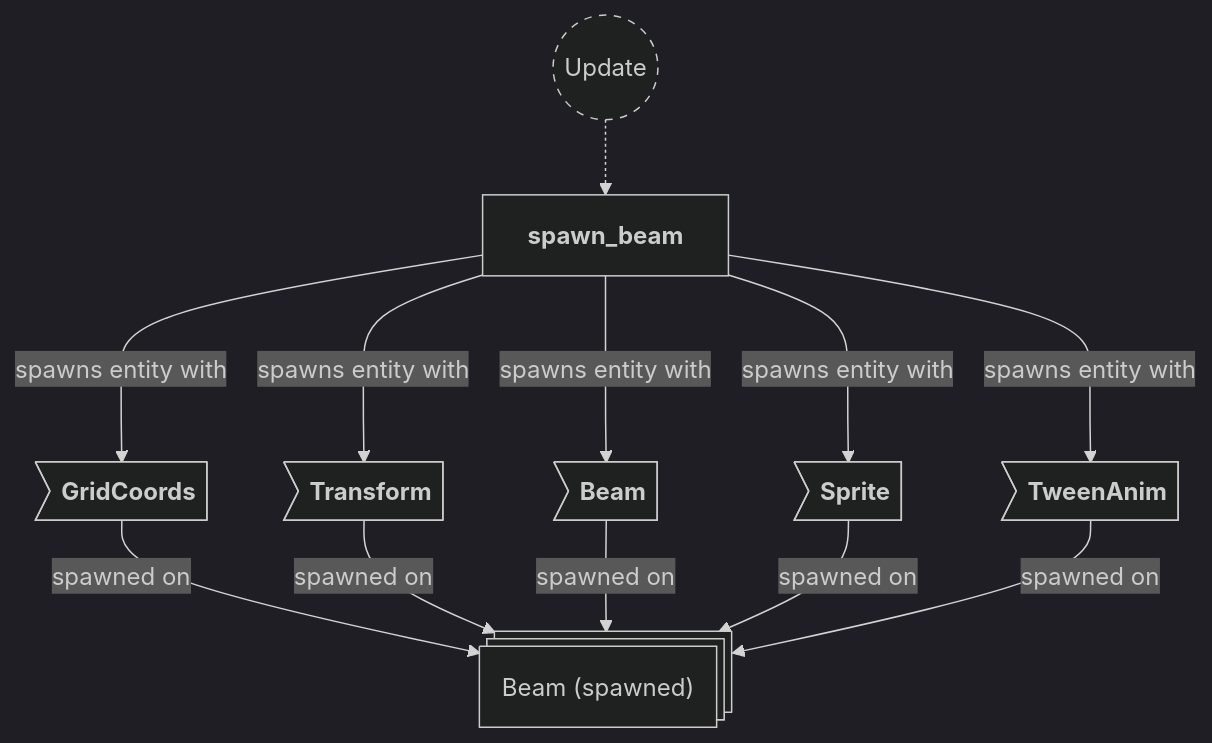
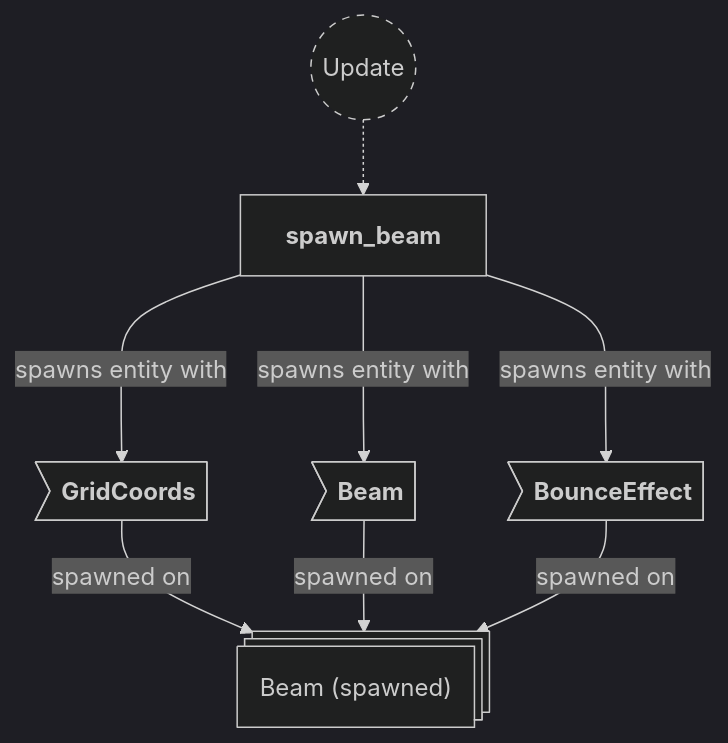
Before and after one commit to neurosoup/tyled: the sixth of 11 diagrams in backlog/docs/doc-7 - 006-Beam-plugin.md, drawn with Mermaid. The commit also changed other lines of this file and 11 other files, not shown here.

````diff
--- a/backlog/docs/doc-7 - 006-Beam-plugin.md
+++ b/backlog/docs/doc-7 - 006-Beam-plugin.md
@@ -141,34 +212,28 @@
 ```mermaid
 ---
 config:
   theme: dark
 ---
 
 flowchart TD
 classDef system-group stroke-dasharray: 5 5
 
 update(("`Update`")):::system-group
 spawn_beam["`**spawn_beam**`"]
 
 update -.-> spawn_beam
 
 beam_entity@{ shape: st-rect, label: "Beam (spawned)" }
 
 be_grid_coords>"`**GridCoords**`"]
-be_transform>"`**Transform**`"]
 be_beam>"`**Beam**`"]
-be_sprite>"`**Sprite**`"]
-be_tween_anim>"`**TweenAnim**`"]
+be_bounce>"`**BounceEffect**`"]
 
 be_grid_coords --> |spawned on| beam_entity
-be_transform --> |spawned on| beam_entity
 be_beam --> |spawned on| beam_entity
-be_sprite --> |spawned on| beam_entity
-be_tween_anim --> |spawned on| beam_entity
+be_bounce --> |spawned on| beam_entity
 
 spawn_beam ---> |spawns entity with| be_grid_coords
-spawn_beam ---> |spawns entity with| be_transform
 spawn_beam ---> |spawns entity with| be_beam
-spawn_beam ---> |spawns entity with| be_sprite
-spawn_beam ---> |spawns entity with| be_tween_anim
+spawn_beam ---> |spawns entity with| be_bounce
 ```
````
